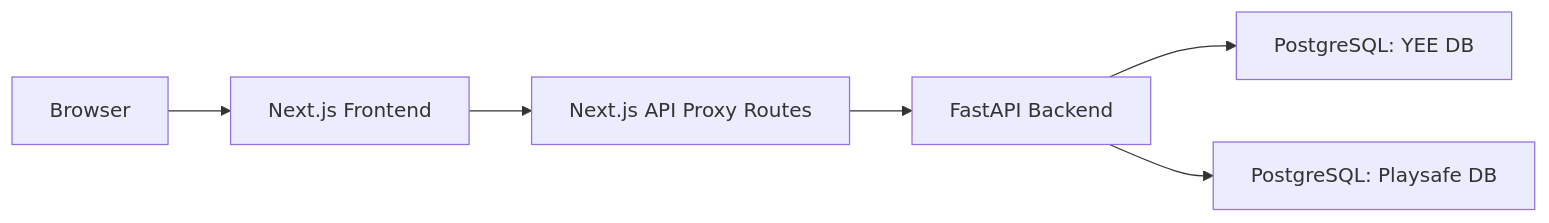
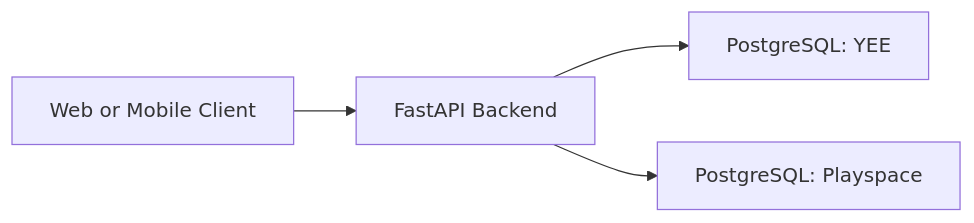
Before and after one commit to Audit-Tools-DECA-Lab-Cornell/audit-tools-backend: the diagram in docs/architecture.md, drawn with Mermaid. The commit also changed other lines of this file and 16 other files, not shown here.

````diff
--- a/docs/architecture.md
+++ b/docs/architecture.md
@@ -47,8 +15,6 @@
 ```mermaid
 flowchart LR
-    Browser["Browser"] --> Frontend["Next.js Frontend"]
-    Frontend --> Proxy["Next.js API Proxy Routes"]
-    Proxy --> Backend["FastAPI Backend"]
-    Backend --> DBYEE["PostgreSQL: YEE DB"]
-    Backend --> DBPS["PostgreSQL: Playsafe DB"]
+    Client["Web or Mobile Client"] --> Backend["FastAPI Backend"]
+    Backend --> YEE_DB["PostgreSQL: YEE"]
+    Backend --> PLAYSPACE_DB["PostgreSQL: Playspace"]
 ```
````
